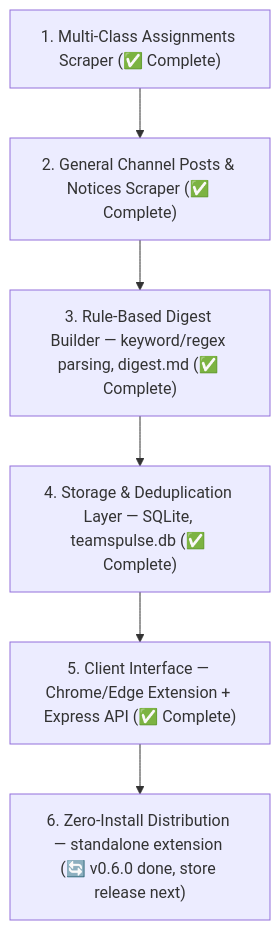
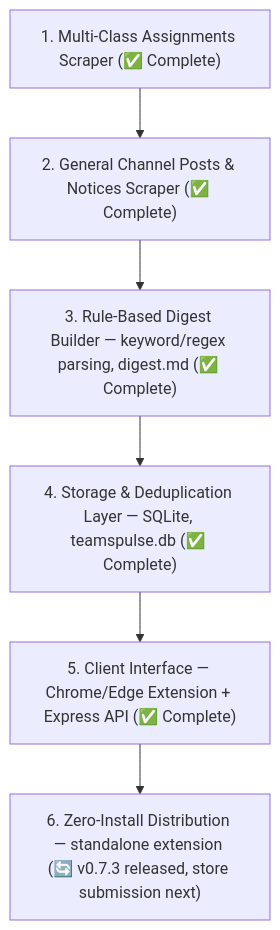
Before and after one commit to Sa-Alfy/teampulse: the second of 2 diagrams in PROJECT_CONTEXT.md, drawn with Mermaid. The commit also changed other lines of this file, not shown here.

````diff
--- a/PROJECT_CONTEXT.md
+++ b/PROJECT_CONTEXT.md
@@ -297,11 +338,11 @@
 ```mermaid
 flowchart TD
     Step1["1. Multi-Class Assignments Scraper (✅ Complete)"]
     Step2["2. General Channel Posts & Notices Scraper (✅ Complete)"]
     Step3["3. Rule-Based Digest Builder — keyword/regex parsing, digest.md (✅ Complete)"]
     Step4["4. Storage & Deduplication Layer — SQLite, teamspulse.db (✅ Complete)"]
     Step5["5. Client Interface — Chrome/Edge Extension + Express API (✅ Complete)"]
-    Step6["6. Zero-Install Distribution — standalone extension (🔄 v0.6.0 done, store release next)"]
+    Step6["6. Zero-Install Distribution — standalone extension (🔄 v0.7.3 released, store submission next)"]
     
     Step1 --> Step2 --> Step3 --> Step4 --> Step5 --> Step6
 ```
````
